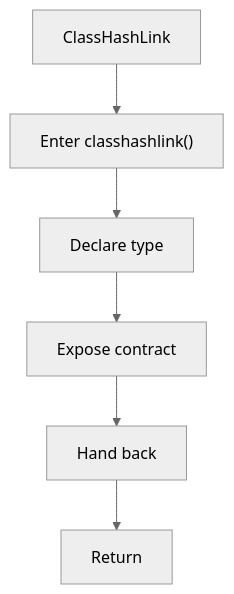
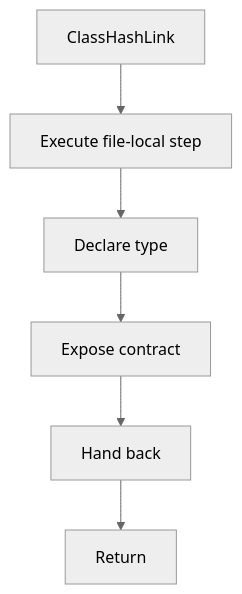
The diagram in docs/Codebase/Microservice/Modules/Header/SyntacticBrokenAST/HashingMechanism/HashLinks/Flow/functions/classhashlink.hpp.md (JohnAndrewBalbarosa/NeoTerritory), drawn with Mermaid (neutral theme) before and after one commit. The commit also changed other lines of this file and 915 other files, not shown here.

````diff
--- a/docs/Codebase/Microservice/Modules/Header/SyntacticBrokenAST/HashingMechanism/HashLinks/Flow/functions/classhashlink.hpp.md
+++ b/docs/Codebase/Microservice/Modules/Header/SyntacticBrokenAST/HashingMechanism/HashLinks/Flow/functions/classhashlink.hpp.md
@@ -16,14 +16,14 @@
 ```mermaid
 flowchart TD
     Start["ClassHashLink"]
-    N0["Enter classhashlink()"]
+    N0["Execute file-local step"]
     N1["Declare type"]
     N2["Expose contract"]
     N3["Hand back"]
     End["Return"]
     Start --> N0
     N0 --> N1
     N1 --> N2
     N2 --> N3
     N3 --> End
 ```
````
